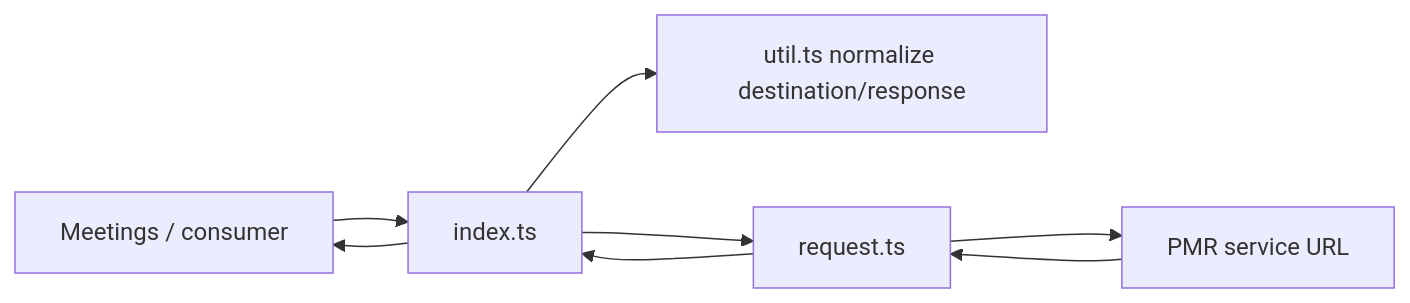
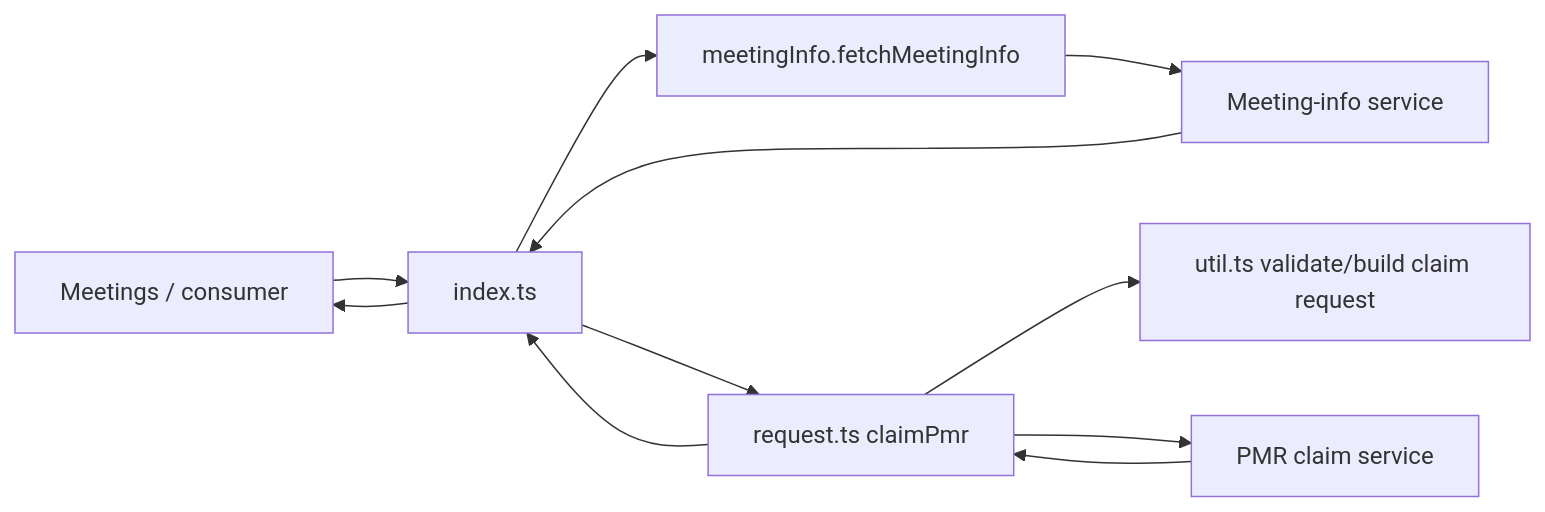
The first of 4 diagrams in packages/@webex/plugin-meetings/src/personal-meeting-room/ai-docs/personal-meeting-room-spec.md (webex/webex-js-sdk), drawn with Mermaid before and after one commit. The commit also changed other lines of this file and 24 other files, not shown here.

````diff
--- a/packages/@webex/plugin-meetings/src/personal-meeting-room/ai-docs/personal-meeting-room-spec.md
+++ b/packages/@webex/plugin-meetings/src/personal-meeting-room/ai-docs/personal-meeting-room-spec.md
@@ -98,10 +98,13 @@
 ```mermaid
 flowchart LR
   Caller[Meetings / consumer] --> PMR[index.ts]
-  PMR --> Util[util.ts normalize destination/response]
-  PMR --> Request[request.ts]
-  Request --> Service[PMR service URL]
-  Service --> Request
+  PMR --> Lookup[meetingInfo.fetchMeetingInfo]
+  PMR --> Request[request.ts claimPmr]
+  Request --> Util[util.ts validate/build claim request]
+  Lookup --> Service[Meeting-info service]
+  Request --> Service2[PMR claim service]
+  Service --> PMR
+  Service2 --> Request
   Request --> PMR
   PMR --> Caller
 ```
````
